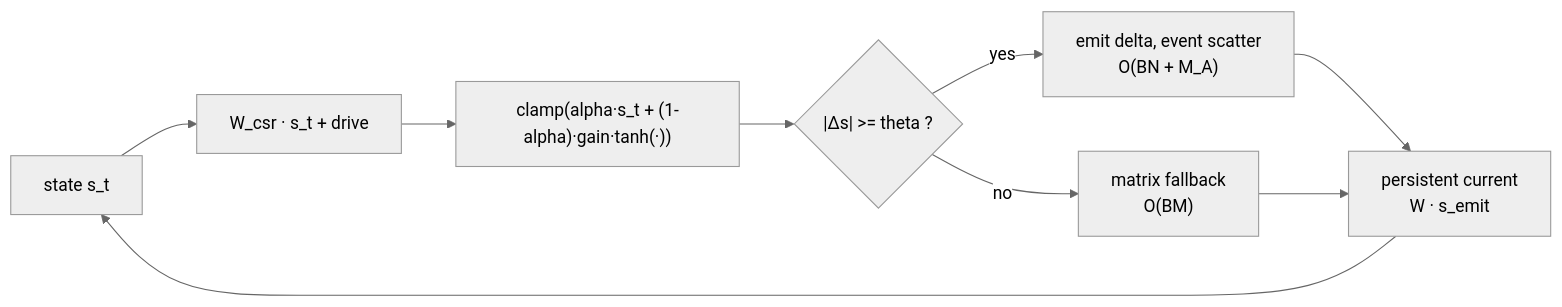
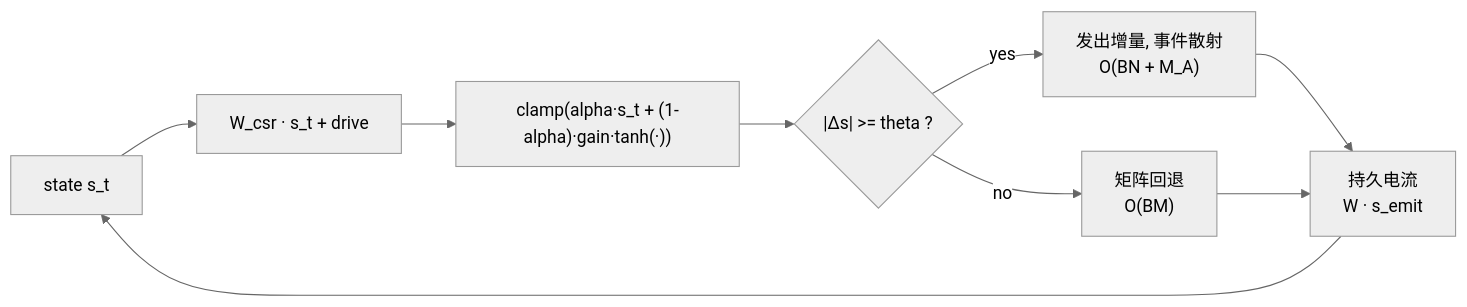
One commit to zxcAsD01-d/Neurosim-GPU changed the diagram in README.md. Above: the diagram before and after it, drawn with Mermaid (neutral theme). The commit also changed other lines of this file and 6 other files, not shown here.

````diff
--- a/README.md
+++ b/README.md
@@ -65,11 +63,11 @@
 ```mermaid
 flowchart LR
     A["state s_t"] --> B["W_csr · s_t + drive"]
     B --> C["clamp(alpha·s_t + (1-alpha)·gain·tanh(·))"]
     C --> D{"|Δs| >= theta ?"}
-    D -- yes --> E["emit delta, event scatter<br/>O(BN + M_A)"]
-    D -- no --> F["matrix fallback<br/>O(BM)"]
-    E --> G["persistent current<br/>W · s_emit"]
+    D -- yes --> E["发出增量, 事件散射<br/>O(BN + M_A)"]
+    D -- no --> F["矩阵回退<br/>O(BM)"]
+    E --> G["持久电流<br/>W · s_emit"]
     F --> G
     G --> A
 ```
````
